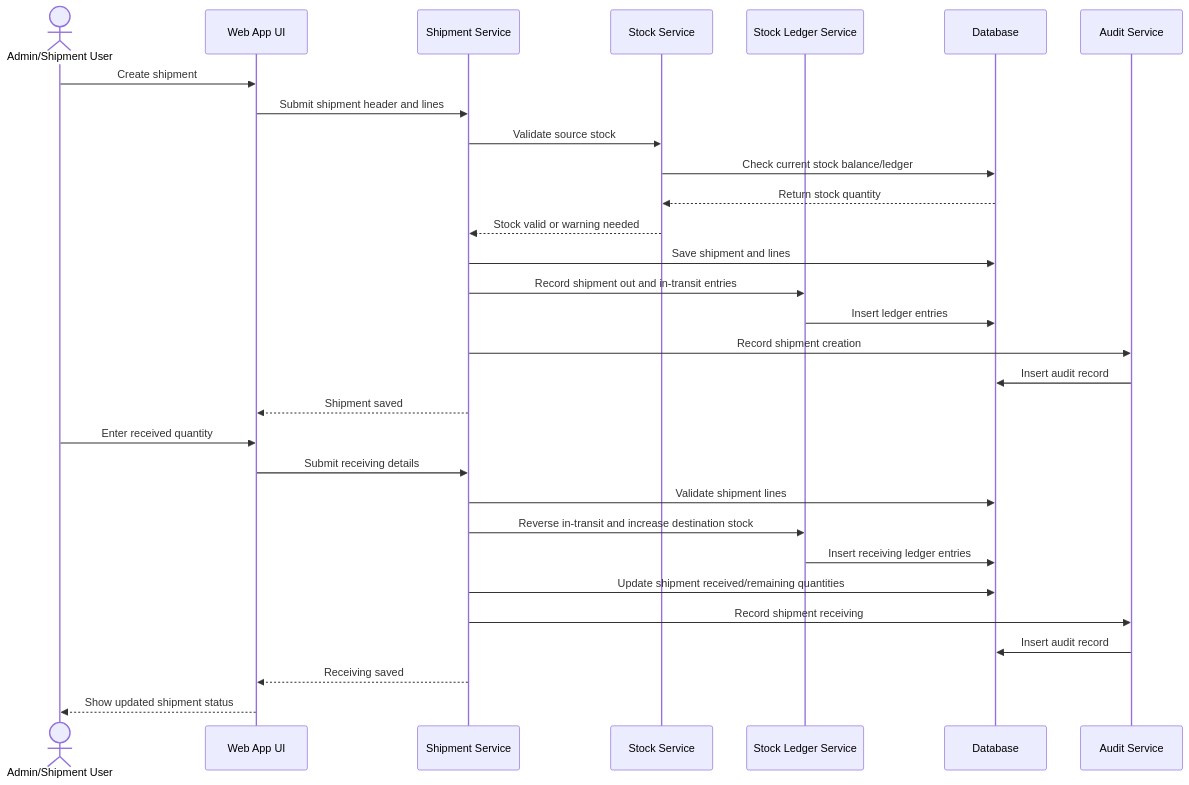
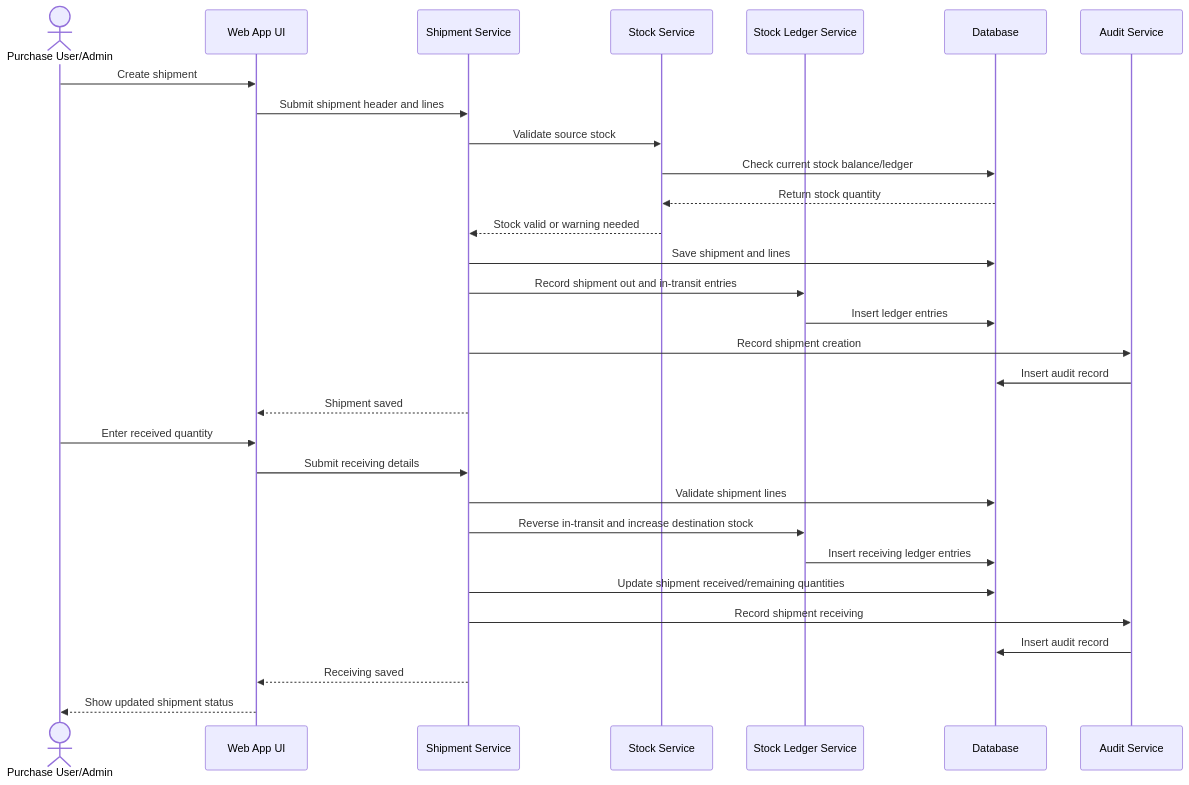
Diagram 12 of 15 in docs/architecture/SYSTEM_DIAGRAMS.md (Maaz-Bin-Haider/Stock_Tracker), drawn with Mermaid before and after one commit. The commit also changed other lines of this file and 6 other files, not shown here.

Commit message:
shipment permission to purchase user also in docs

````diff
--- a/docs/architecture/SYSTEM_DIAGRAMS.md
+++ b/docs/architecture/SYSTEM_DIAGRAMS.md
@@ -384,34 +386,34 @@
 ```mermaid
 sequenceDiagram
-    actor User as Admin/Shipment User
+    actor User as Purchase User/Admin
     participant UI as Web App UI
     participant ShipmentService as Shipment Service
     participant StockService as Stock Service
     participant Ledger as Stock Ledger Service
     participant DB as Database
     participant Audit as Audit Service
 
     User->>UI: Create shipment
     UI->>ShipmentService: Submit shipment header and lines
     ShipmentService->>StockService: Validate source stock
     StockService->>DB: Check current stock balance/ledger
     DB-->>StockService: Return stock quantity
     StockService-->>ShipmentService: Stock valid or warning needed
     ShipmentService->>DB: Save shipment and lines
     ShipmentService->>Ledger: Record shipment out and in-transit entries
     Ledger->>DB: Insert ledger entries
     ShipmentService->>Audit: Record shipment creation
     Audit->>DB: Insert audit record
     ShipmentService-->>UI: Shipment saved
 
     User->>UI: Enter received quantity
     UI->>ShipmentService: Submit receiving details
     ShipmentService->>DB: Validate shipment lines
     ShipmentService->>Ledger: Reverse in-transit and increase destination stock
     Ledger->>DB: Insert receiving ledger entries
     ShipmentService->>DB: Update shipment received/remaining quantities
     ShipmentService->>Audit: Record shipment receiving
     Audit->>DB: Insert audit record
     ShipmentService-->>UI: Receiving saved
     UI-->>User: Show updated shipment status
 ```
````
